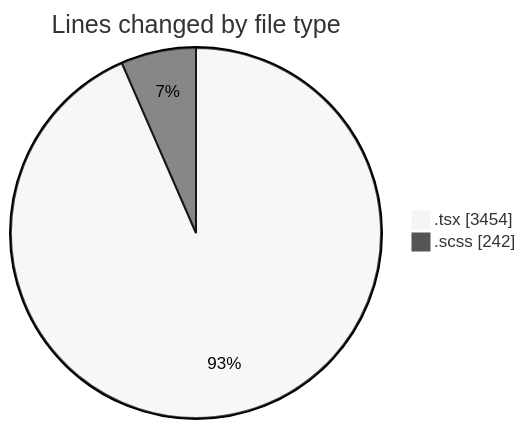
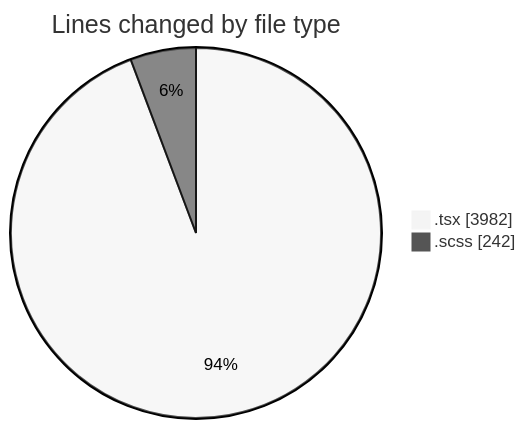
One commit to momahboobian/code-tracking changed the first of 2 diagrams in 2025-07-03/cda/README.md. Above: the diagram before and after it, drawn with Mermaid (neutral theme). The commit also changed other lines of this file and 1 other file, not shown here.

````diff
--- a/2025-07-03/cda/README.md
+++ b/2025-07-03/cda/README.md
@@ -36,6 +36,6 @@
 ```mermaid
 pie showData
 title Lines changed by file type
-".tsx" : 3454
+".tsx" : 3982
 ".scss" : 242
 ```
````
